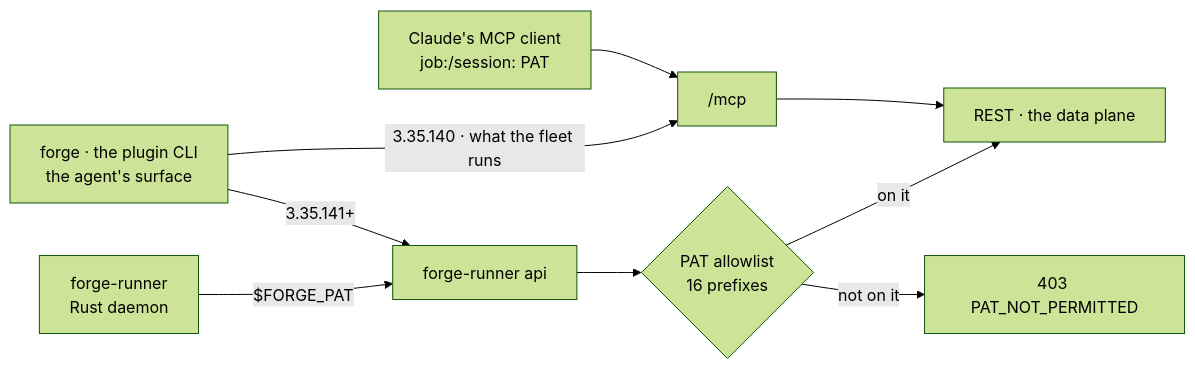
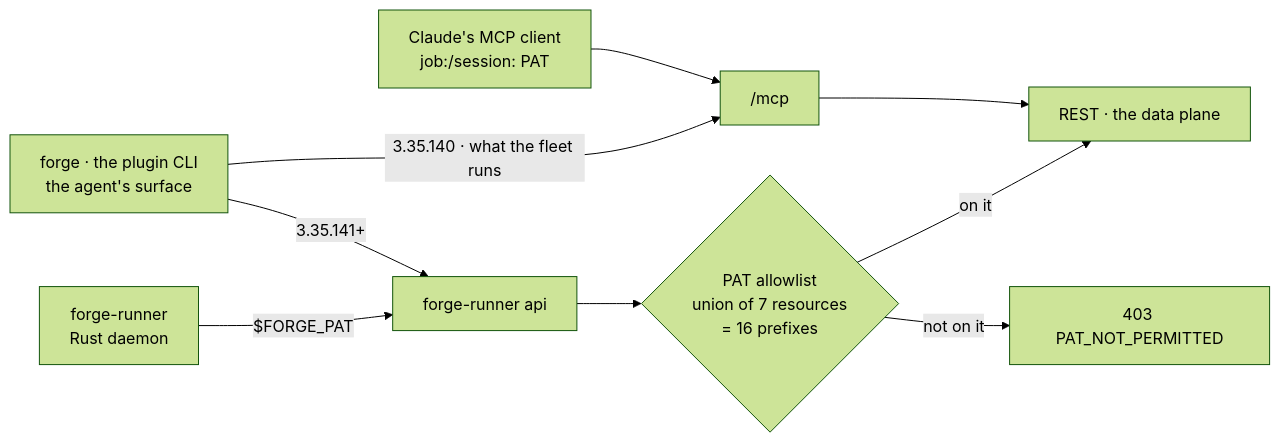
One commit to SidCorp-co/forge changed the diagram in docs/architecture/data-plane-surface.md. Above: the diagram before and after it, drawn with Mermaid (forest theme). The commit also changed other lines of this file and 10 other files, not shown here.

````diff
--- a/docs/architecture/data-plane-surface.md
+++ b/docs/architecture/data-plane-surface.md
@@ -19,11 +21,11 @@
 ```mermaid
 flowchart LR
   D["forge-runner<br/>Rust daemon"] -->|"$FORGE_PAT"| CLI["forge-runner api"]
   P["forge · the plugin CLI<br/>the agent's surface"] -->|"3.35.141+"| CLI
   P -->|"3.35.140 · what the fleet runs"| MCP["/mcp"]
   MC["Claude's MCP client<br/>job:/session: PAT"] --> MCP
-  CLI --> F{"PAT allowlist<br/>16 prefixes"}
+  CLI --> F{"PAT allowlist<br/>union of 7 resources<br/>= 16 prefixes"}
   F -->|on it| R["REST · the data plane"]
   F -->|not on it| X["403 PAT_NOT_PERMITTED"]
   MCP --> R
 ```
````
